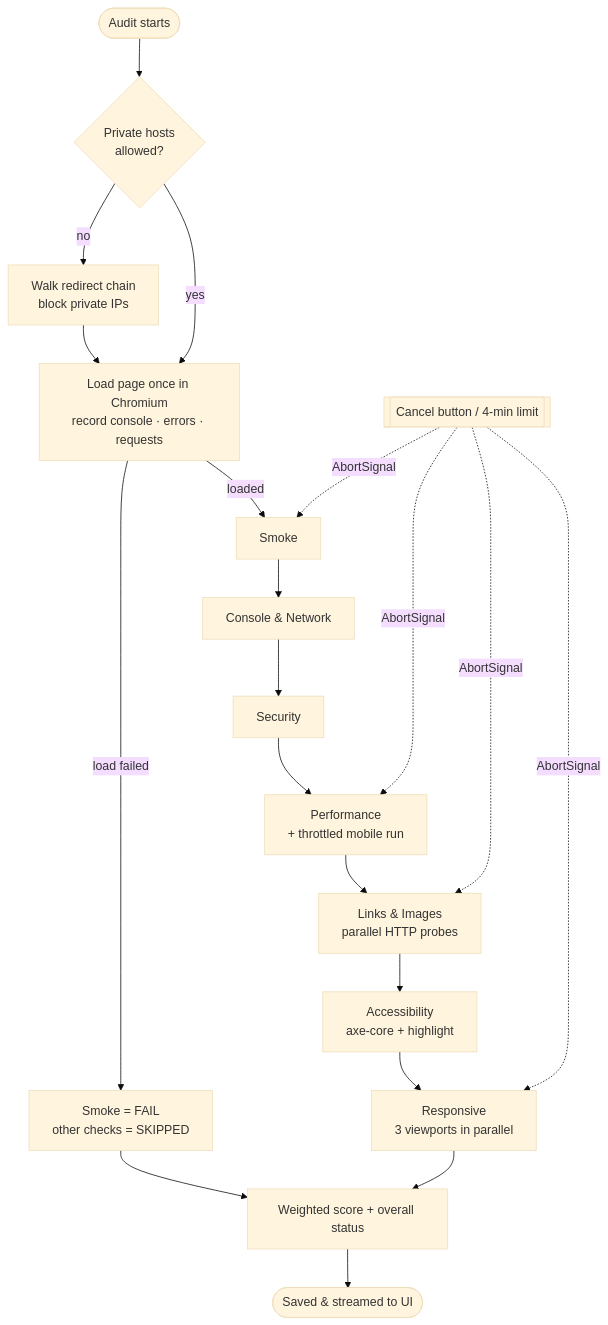
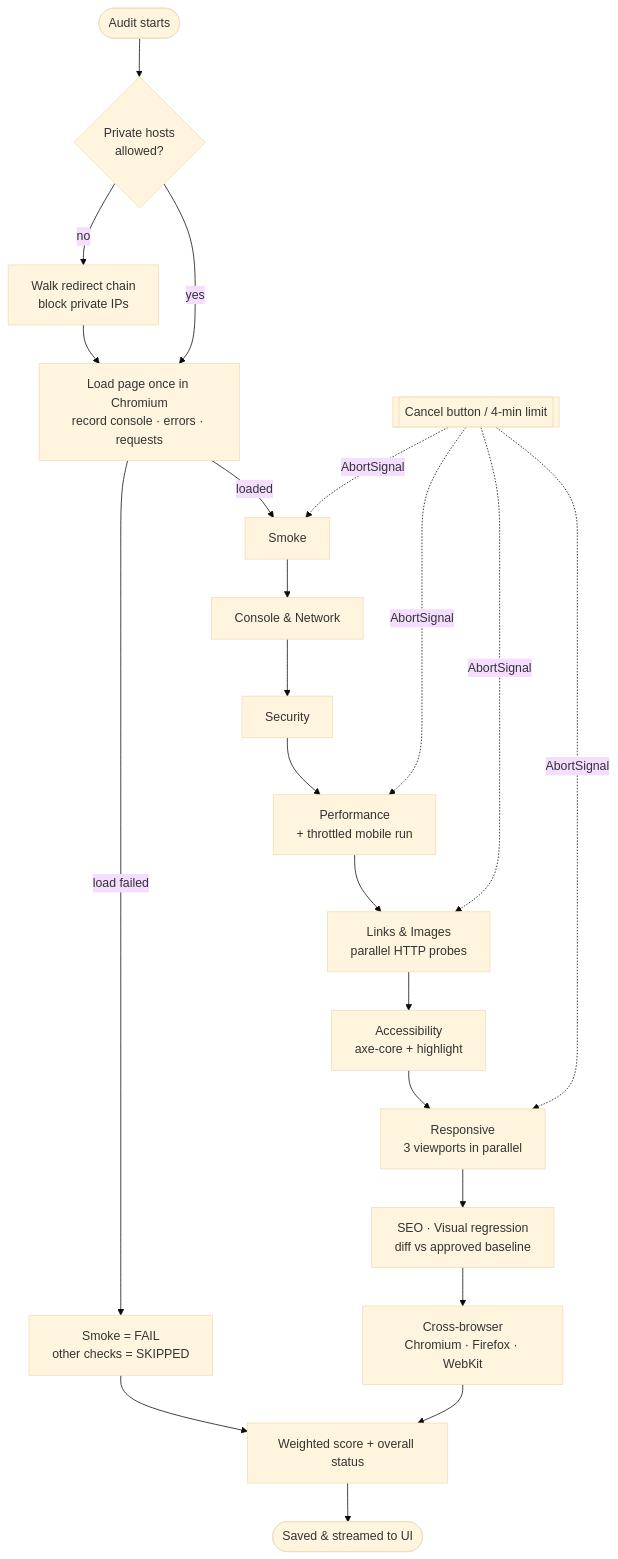
Before and after one commit to Pubudugunawardhana/PulseQA-Automated-Web-Auditing: the third of 4 diagrams in README.md, drawn with Mermaid (base theme). The commit also changed other lines of this file and 7 other files, not shown here.

Commit message:
feat(audit): update README with new checks and improve test fixture metadata feat(database): add visual baselines table and update snapshot for new schema chore: enhance package.json for Playwright installation and add new dependencies test: add SEO and visual regression helper tests

````diff
--- a/README.md
+++ b/README.md
@@ -134,15 +134,16 @@
 ```mermaid
 flowchart TD
     S([Audit starts]) --> G{Private hosts<br/>allowed?}
     G -- no --> R[Walk redirect chain<br/>block private IPs]
     G -- yes --> L
     R --> L[Load page once in Chromium<br/>record console · errors · requests]
     L -->|load failed| X[Smoke = FAIL<br/>other checks = SKIPPED]
     L -->|loaded| C1[Smoke] --> C2[Console & Network] --> C3[Security] --> C4[Performance<br/>+ throttled mobile run]
     C4 --> C5[Links & Images<br/>parallel HTTP probes] --> C6[Accessibility<br/>axe-core + highlight] --> C7[Responsive<br/>3 viewports in parallel]
-    C7 --> SC[Weighted score + overall status]
+    C7 --> C8[SEO · Visual regression<br/>diff vs approved baseline] --> C9[Cross-browser<br/>Chromium · Firefox · WebKit]
+    C9 --> SC[Weighted score + overall status]
     X --> SC
     SC --> DONE([Saved & streamed to UI])
 
     CAN[[Cancel button / 4-min limit]] -.->|AbortSignal| C1 & C4 & C5 & C7
 ```
````
